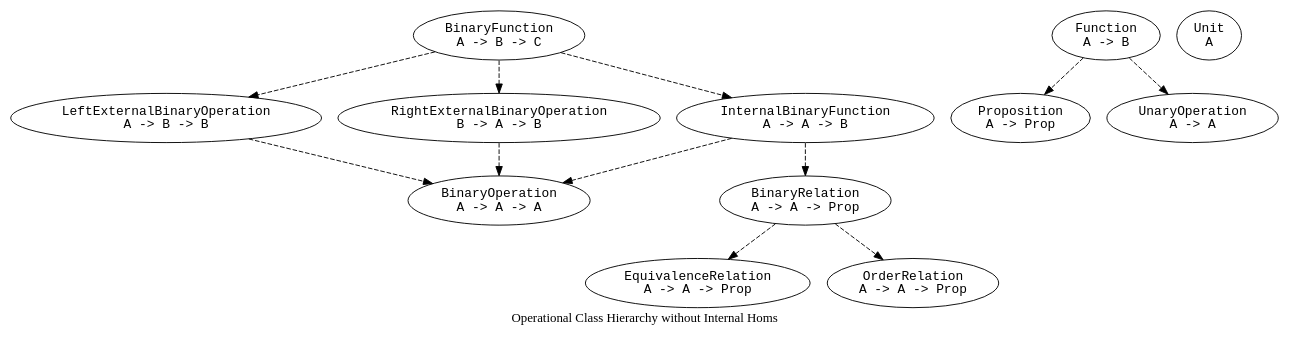
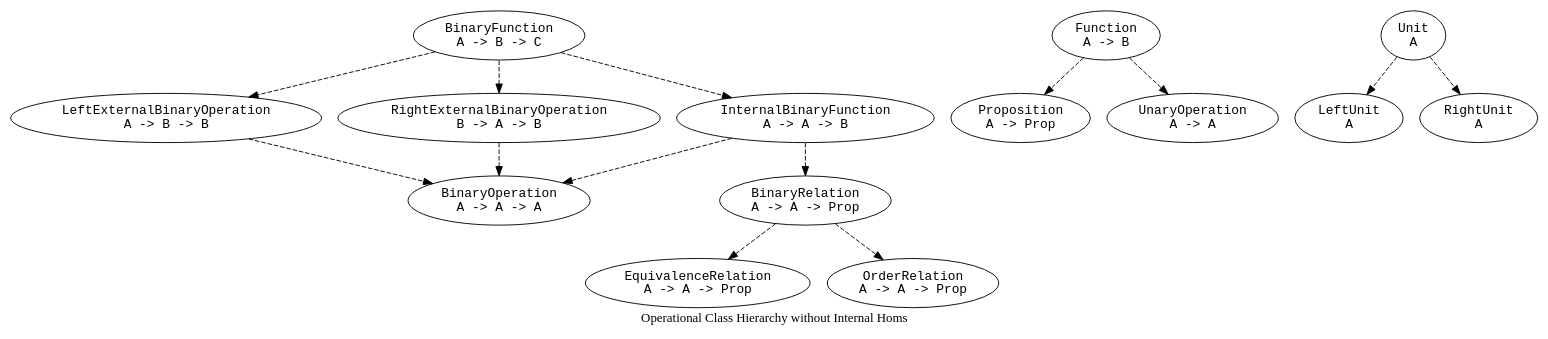
One commit to Tuplanolla/dez changed the diagram in prototype/theories/has.dot. Above: the diagram before and after it, drawn with Graphviz. The commit also changed 23 other files, not shown here.

```diff
--- a/prototype/theories/has.dot
+++ b/prototype/theories/has.dot
@@ -1,32 +1,36 @@
 digraph Has {
   label = "Operational Class Hierarchy without Internal Homs"
 
   node [fontname = monospace]
 
   BinFn [label = "BinaryFunction\nA -> B -> C"]
   BinOp [label = "BinaryOperation\nA -> A -> A"]
   BinRel [label = "BinaryRelation\nA -> A -> Prop"]
   EqRel [label = "EquivalenceRelation\nA -> A -> Prop"]
   Fn [label = "Function\nA -> B"]
   IntBinFn [label = "InternalBinaryFunction\nA -> A -> B"]
   LExtBinOp [label = "LeftExternalBinaryOperation\nA -> B -> B"]
+  LUn [label = "LeftUnit\nA"]
   OrdRel [label = "OrderRelation\nA -> A -> Prop"]
   Prop [label = "Proposition\nA -> Prop"]
   RExtBinOp [label = "RightExternalBinaryOperation\nB -> A -> B"]
+  RUn [label = "RightUnit\nA"]
   Un [label = "Unit\nA"]
   UnOp [label = "UnaryOperation\nA -> A"]
 
   edge [style = dashed]
 
   BinFn -> IntBinFn
   BinFn -> LExtBinOp
   BinFn -> RExtBinOp
   BinRel -> EqRel
   BinRel -> OrdRel
   Fn -> Prop
   Fn -> UnOp
   IntBinFn -> BinOp
   IntBinFn -> BinRel
   LExtBinOp -> BinOp
   RExtBinOp -> BinOp
+  Un -> LUn
+  Un -> RUn
 }
```
